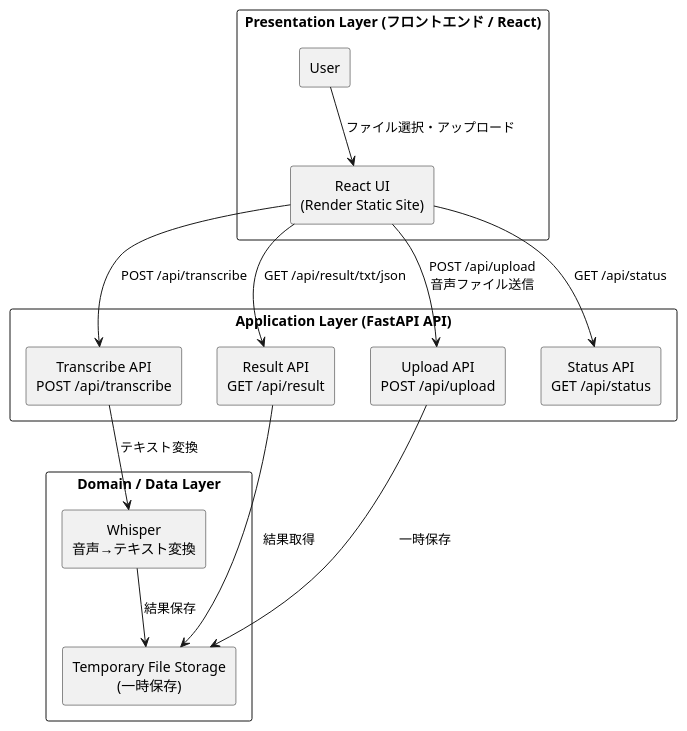
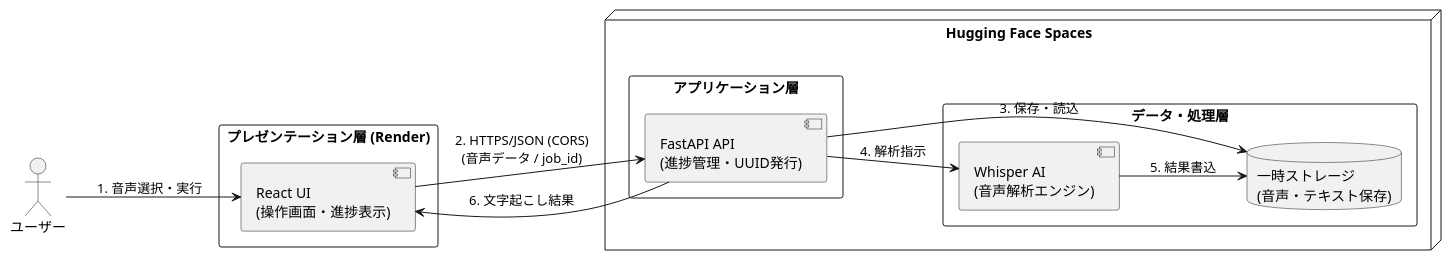
The diagram in docs/architecture_step2.puml (YG5555/whisper_transcribe), drawn with PlantUML before and after one commit. The commit also changed other lines of this file and 4 other files, not shown here.

Commit message:
feat: Add backend Dockerfiles, update `main.py`, and introduce new sequence and old architecture diagrams.

```diff
--- a/docs/architecture_step2.puml
+++ b/docs/architecture_step2.puml
@@ -1,39 +43,32 @@
 @startuml
-skinparam componentStyle rectangle
+' 左から右へ配置する設定（横長にするための命令）
+left to right direction
+
+' デザインの微調整
+skinparam componentStyle uml2
 skinparam packageStyle rectangle
-skinparam defaultTextAlignment center
 
-' プレゼンテーション層
-package "Presentation Layer (フロントエンド / React)" {
-  [User]
-  component "React UI\n(Render Static Site)" as React
+actor "ユーザー" as User
+
+package "プレゼンテーション層 (Render)" {
+    [React UI\n(操作画面・進捗表示)] as UI
 }
 
-' アプリケーション層
-package "Application Layer (FastAPI API)" {
-  component "Upload API\nPOST /api/upload" as UploadAPI
-  component "Transcribe API\nPOST /api/transcribe" as TranscribeAPI
-  component "Result API\nGET /api/result" as ResultAPI
-  component "Status API\nGET /api/status" as StatusAPI
+node "Hugging Face Spaces" {
+    package "アプリケーション層" {
+        [FastAPI API\n(進捗管理・UUID発行)] as API
+    }
+    package "データ・処理層" {
+        [Whisper AI\n(音声解析エンジン)] as AI_Model
+        database "一時ストレージ\n(音声・テキスト保存)" as Store
+    }
 }
 
-' ドメイン・データ層
-package "Domain / Data Layer" {
-  component "Whisper\n音声→テキスト変換" as Whisper
-  component "Temporary File Storage\n(一時保存)" as Storage
-}
-
-' フロー接続
-User --> React : ファイル選択・アップロード
-React --> UploadAPI : POST /api/upload\n音声ファイル送信
-UploadAPI --> Storage : 一時保存
-
-React --> TranscribeAPI : POST /api/transcribe
-TranscribeAPI --> Whisper : テキスト変換
-Whisper --> Storage : 結果保存
-
-React --> StatusAPI : GET /api/status
-React --> ResultAPI : GET /api/result/txt/json
-ResultAPI --> Storage : 結果取得
-
+' 接続の定義
+User --> UI : 1. 音声選択・実行
+UI --> API : 2. HTTPS/JSON (CORS)\n(音声データ / job_id)
+API --> Store : 3. 保存・読込
+API --> AI_Model : 4. 解析指示
+AI_Model --> Store : 5. 結果書込
+API --> UI : 6. 文字起こし結果
 @enduml
```
